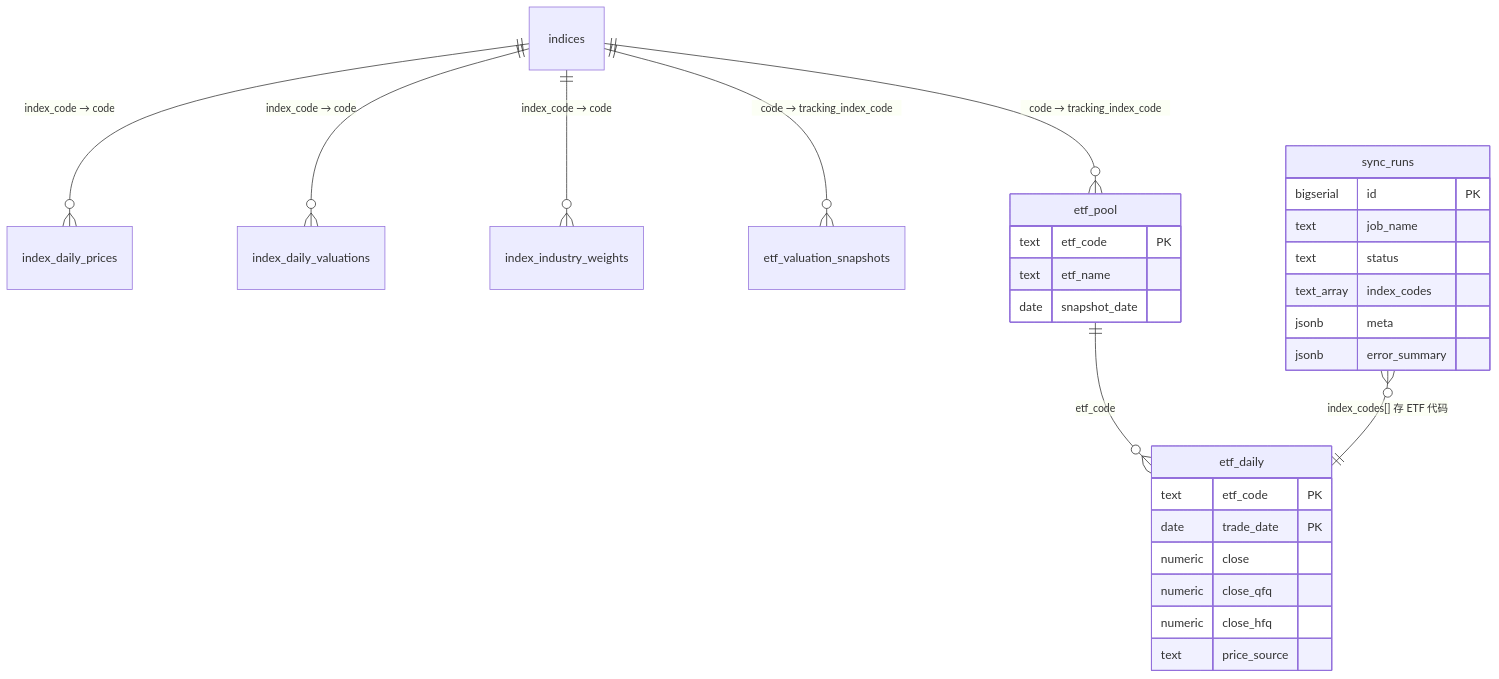
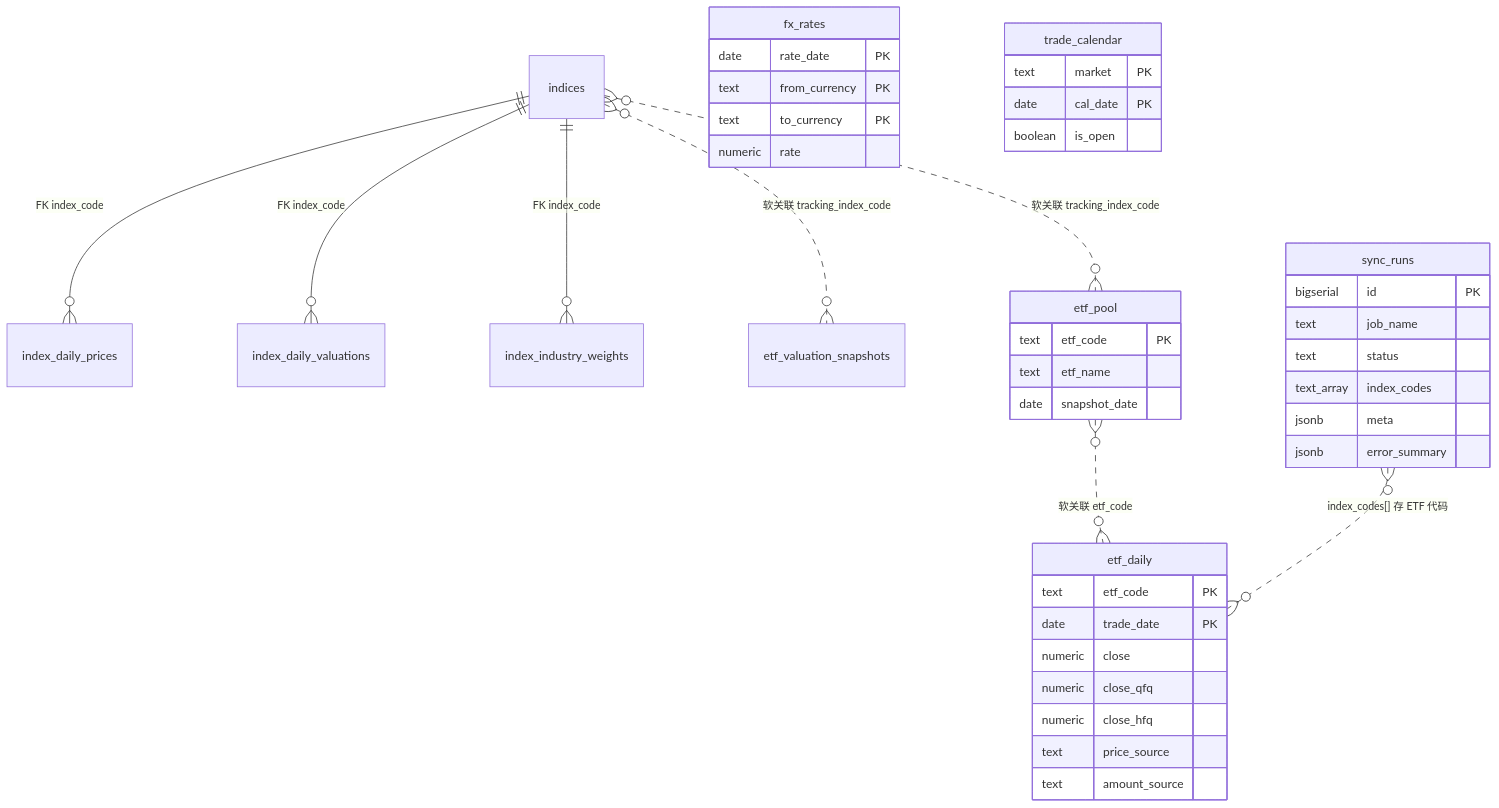
Before and after one commit to AbnerSunLabs/scheduled-tasks: the diagram in doc/supabase-schema.md, drawn with Mermaid. The commit also changed other lines of this file and 23 other files, not shown here.

````diff
--- a/doc/supabase-schema.md
+++ b/doc/supabase-schema.md
@@ -45,34 +48,48 @@
 ```mermaid
 erDiagram
-    indices ||--o{ index_daily_prices : "index_code → code"
-    indices ||--o{ index_daily_valuations : "index_code → code"
-    indices ||--o{ index_industry_weights : "index_code → code"
-    indices ||--o{ etf_valuation_snapshots : "code → tracking_index_code"
-    indices ||--o{ etf_pool : "code → tracking_index_code"
-    etf_pool ||--o{ etf_daily : "etf_code"
-    sync_runs }o--|| etf_daily : "index_codes[] 存 ETF 代码"
+    indices ||--o{ index_daily_prices : "FK index_code"
+    indices ||--o{ index_daily_valuations : "FK index_code"
+    indices ||--o{ index_industry_weights : "FK index_code"
+    indices }o..o{ etf_valuation_snapshots : "软关联 tracking_index_code"
+    indices }o..o{ etf_pool : "软关联 tracking_index_code"
+    etf_pool }o..o{ etf_daily : "软关联 etf_code"
+    sync_runs }o..o{ etf_daily : "index_codes[] 存 ETF 代码"
 
     sync_runs {
         bigserial id PK
         text job_name
         text status
         text_array index_codes
         jsonb meta
         jsonb error_summary
     }
 
     etf_pool {
         text etf_code PK
         text etf_name
         date snapshot_date
     }
 
     etf_daily {
         text etf_code PK
         date trade_date PK
         numeric close
         numeric close_qfq
         numeric close_hfq
         text price_source
+        text amount_source
+    }
+
+    fx_rates {
+        date rate_date PK
+        text from_currency PK
+        text to_currency PK
+        numeric rate
+    }
+
+    trade_calendar {
+        text market PK
+        date cal_date PK
+        boolean is_open
     }
 ```
````
